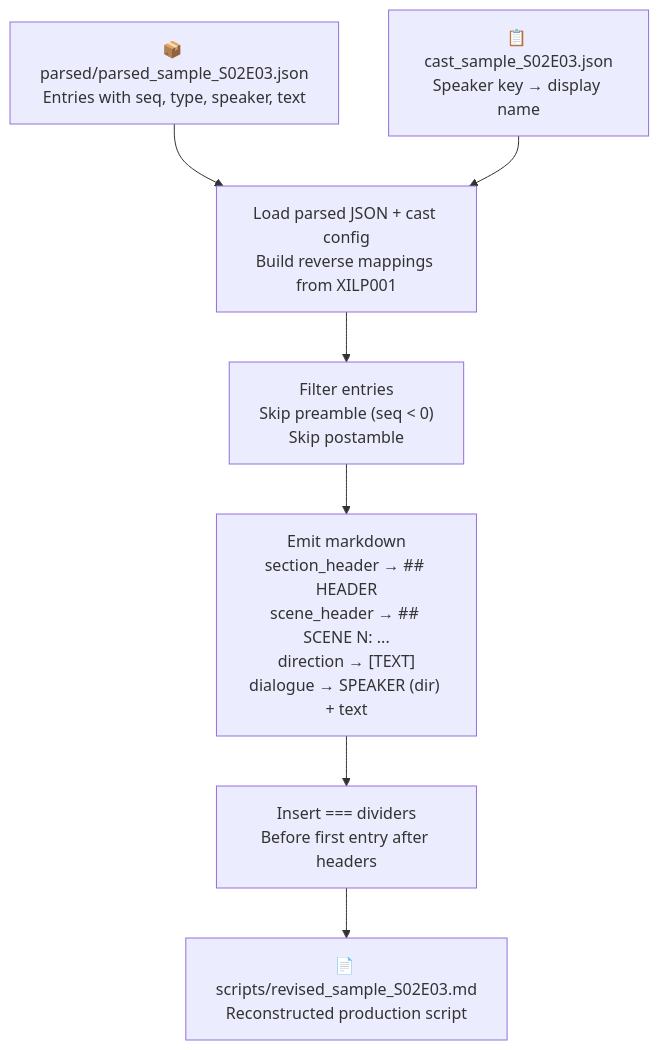
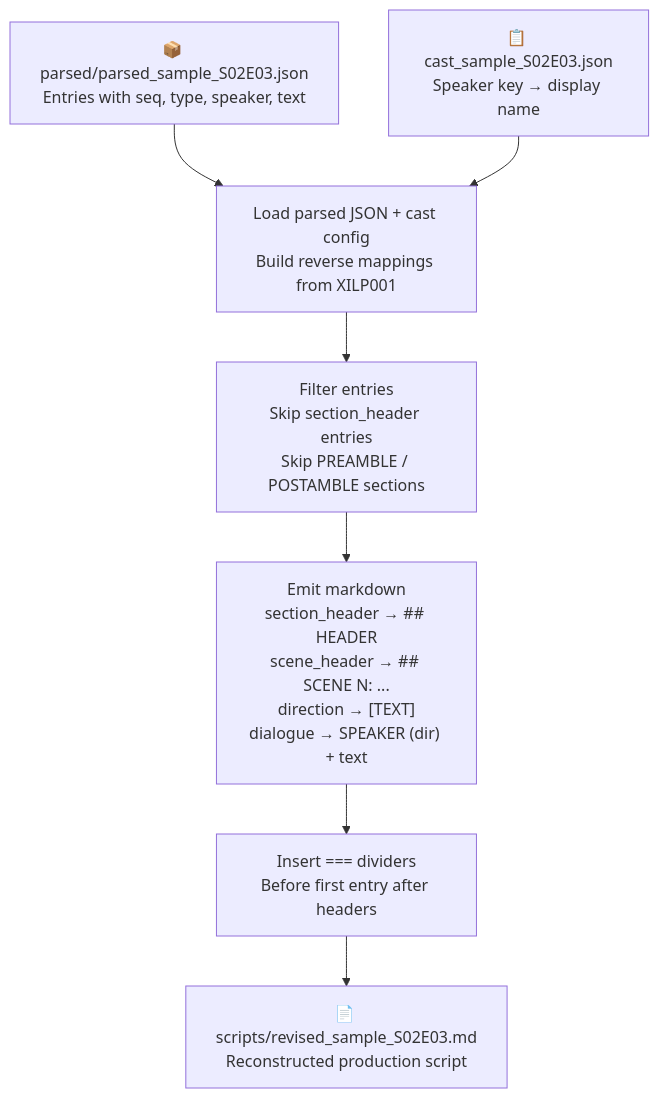
Before and after one commit to xilcmd/xil-pipeline: diagram 19 of 22 in docs/pipeline.md, drawn with Mermaid. The commit also changed other lines of this file and 40 other files, not shown here.

````diff
--- a/docs/pipeline.md
+++ b/docs/pipeline.md
@@ -1174,27 +1156,27 @@
 ```mermaid
 flowchart TD
     PARSED["`📦 parsed/parsed_sample_S02E03.json
     Entries with seq, type, speaker, text`"]
     CAST["`📋 cast_sample_S02E03.json
     Speaker key → display name`"]
 
     LOAD["`Load parsed JSON + cast config
     Build reverse mappings from XILP001`"]
     FILTER["`Filter entries
-    Skip preamble (seq < 0)
-    Skip postamble`"]
+    Skip section_header entries
+    Skip PREAMBLE / POSTAMBLE sections`"]
     EMIT["`Emit markdown
     section_header → ## HEADER
     scene_header → ## SCENE N: ...
     direction → [TEXT]
     dialogue → SPEAKER (dir) + text`"]
     DIVIDER["`Insert === dividers
     Before first entry after headers`"]
 
     PARSED --> LOAD
     CAST --> LOAD
     LOAD --> FILTER --> EMIT
     EMIT --> DIVIDER
     DIVIDER --> OUTPUT["`📄 scripts/revised_sample_S02E03.md
     Reconstructed production script`"]
 ```
````
